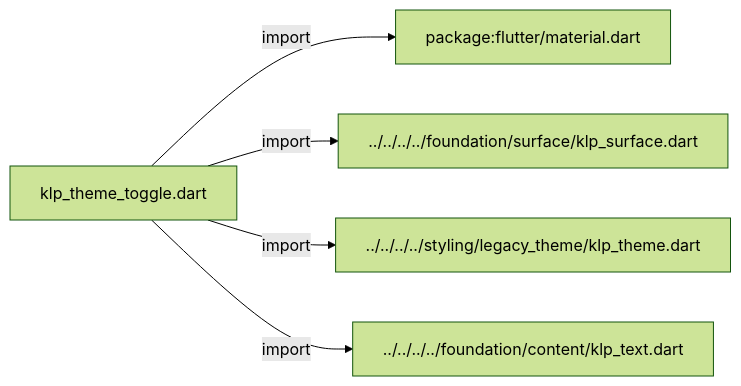
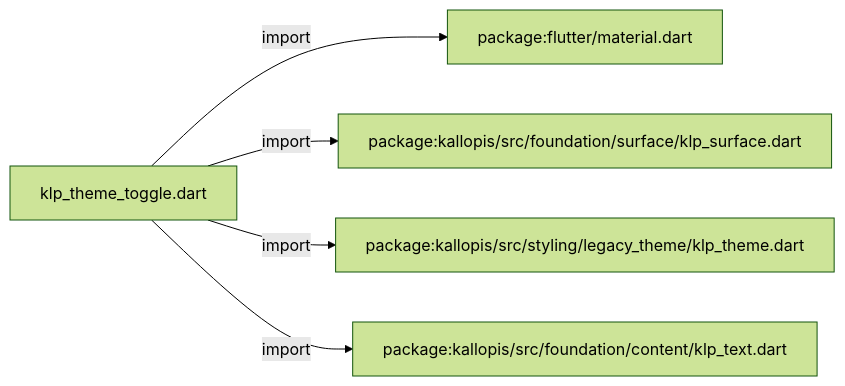
Before and after one commit to MiuDog/Kallopis: the first of 3 diagrams in docs/architecture/src/features/workspace/shell/theme/klp_theme_toggle.md, drawn with Mermaid (forest theme). The commit also changed other lines of this file and 9688 other files, not shown here.

Commit message:
Prepare isolated Flow F2 peer baseline

````diff
--- a/docs/architecture/src/features/workspace/shell/theme/klp_theme_toggle.md
+++ b/docs/architecture/src/features/workspace/shell/theme/klp_theme_toggle.md
@@ -11,12 +11,12 @@
 ```mermaid
 flowchart LR
 	n0["klp_theme_toggle.dart"]
 	n1["package:flutter/material.dart"]
-	n2["../../../../foundation/surface/klp_surface.dart"]
-	n3["../../../../styling/legacy_theme/klp_theme.dart"]
-	n4["../../../../foundation/content/klp_text.dart"]
+	n2["package:kallopis/src/foundation/surface/klp_surface.dart"]
+	n3["package:kallopis/src/styling/legacy_theme/klp_theme.dart"]
+	n4["package:kallopis/src/foundation/content/klp_text.dart"]
 	n0 -->|"import"| n1
 	n0 -->|"import"| n2
 	n0 -->|"import"| n3
 	n0 -->|"import"| n4
 ```
````
